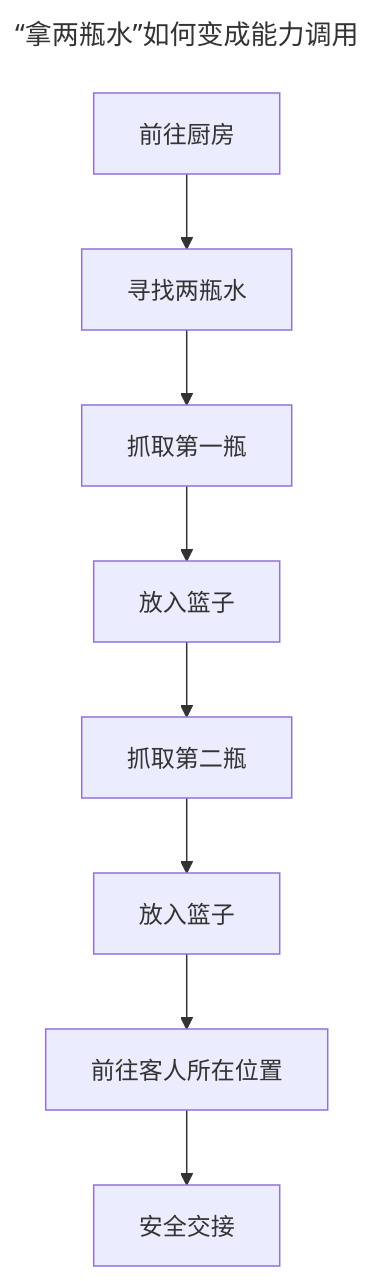
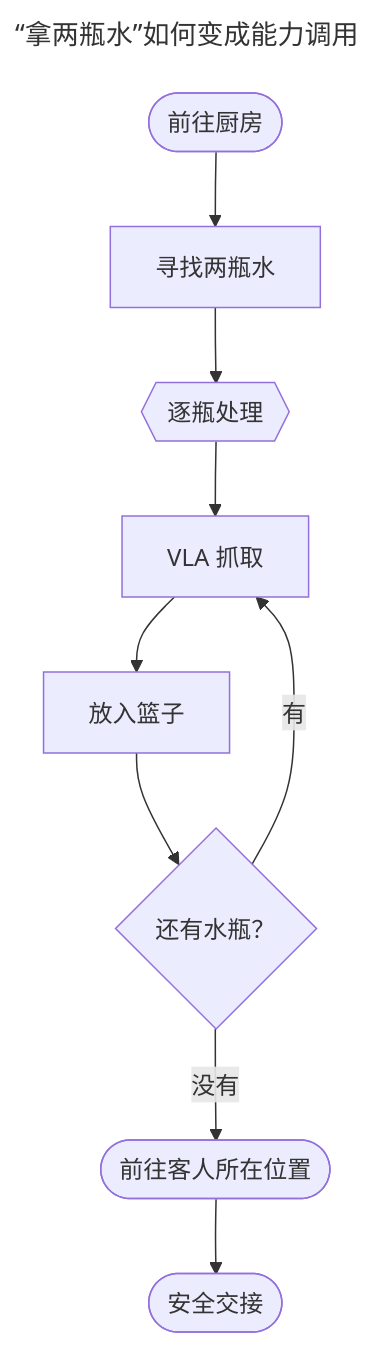
The second of 6 diagrams in src/content/posts/embodied-ai-as-agent-tools.md (YinsenWANG/YinsenWANG.github.io), drawn with Mermaid before and after one commit. The commit also changed other lines of this file and 2 other files, not shown here.

Commit message:
Polish Mermaid diagram design

````diff
--- a/src/content/posts/embodied-ai-as-agent-tools.md
+++ b/src/content/posts/embodied-ai-as-agent-tools.md
@@ -115,13 +122,20 @@
 ```mermaid
 ---
 title: “拿两瓶水”如何变成能力调用
 ---
 flowchart TD
-  Kitchen["前往厨房"] --> Locate["寻找两瓶水"]
-  Locate --> Grasp1["抓取第一瓶"]
-  Grasp1 --> Basket1["放入篮子"]
-  Basket1 --> Grasp2["抓取第二瓶"]
-  Grasp2 --> Basket2["放入篮子"]
-  Basket2 --> Guest["前往客人所在位置"]
-  Guest --> Handover["安全交接"]
+  Kitchen(["前往厨房"]) --> Locate["寻找两瓶水"]
+  Locate --> Loop{{"逐瓶处理"}}
+  Loop --> Grasp["VLA 抓取"]
+  Grasp --> Basket["放入篮子"]
+  Basket --> More{"还有水瓶？"}
+  More -- "有" --> Grasp
+  More -- "没有" --> Guest(["前往客人所在位置"])
+  Guest --> Handover(["安全交接"])
+
+  class Kitchen,Guest navigation
+  class Locate perception
+  class Loop,Grasp,Basket capability
+  class More decision
+  class Handover safety
 ```
````
